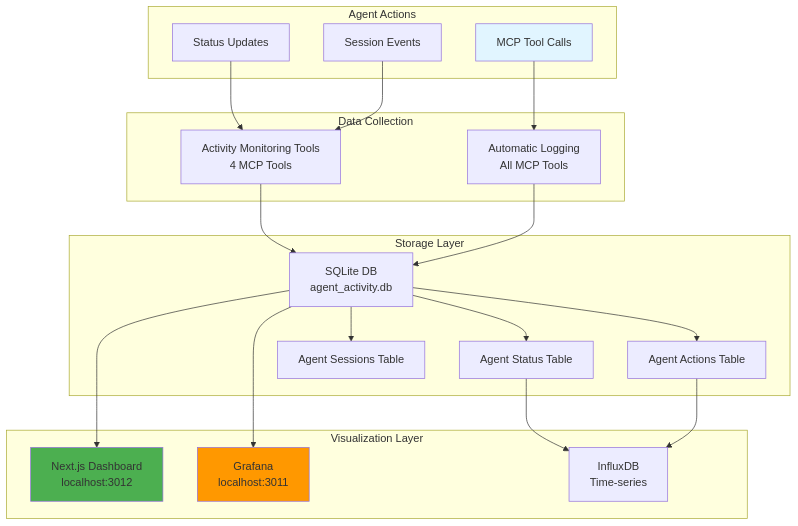
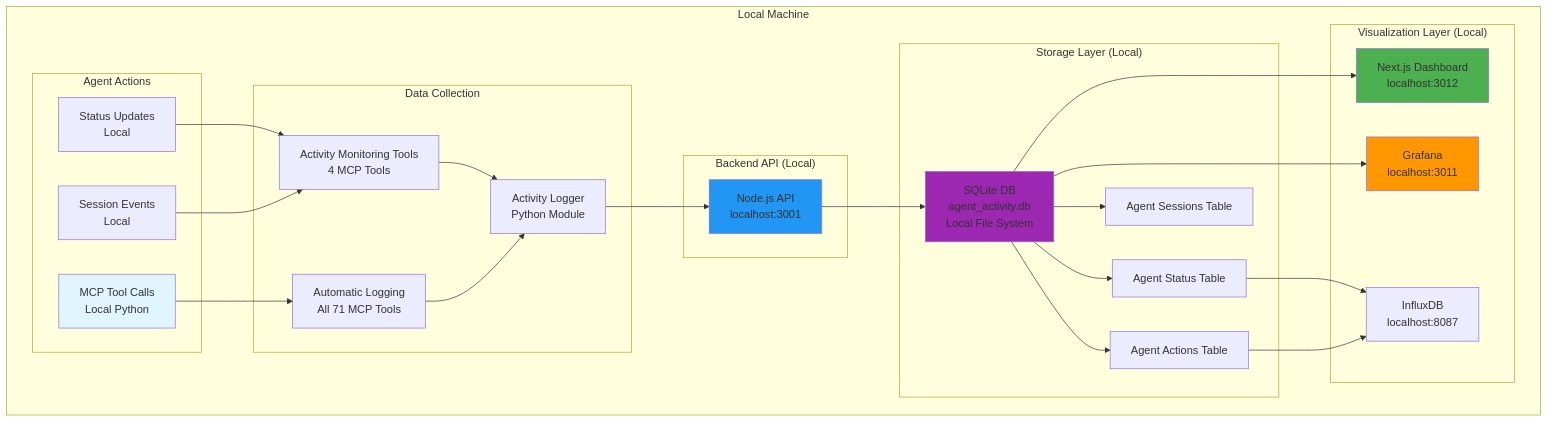
Before and after one commit to unarmedpuppy/homelab-ai: the seventh of 20 diagrams in agents/docs/COMPLETE_SYSTEM_VISUALIZATION.md, drawn with Mermaid. The commit also changed other lines of this file and 143 other files, not shown here.

````diff
--- a/agents/docs/COMPLETE_SYSTEM_VISUALIZATION.md
+++ b/agents/docs/COMPLETE_SYSTEM_VISUALIZATION.md
@@ -296,46 +343,57 @@
 ```mermaid
 graph TB
-    subgraph "Agent Actions"
-        A1[MCP Tool Calls]
-        A2[Status Updates]
-        A3[Session Events]
-    end
-    
-    subgraph "Data Collection"
-        B1[Activity Monitoring Tools<br/>4 MCP Tools]
-        B2[Automatic Logging<br/>All MCP Tools]
-    end
-    
-    subgraph "Storage Layer"
-        C1[SQLite DB<br/>agent_activity.db]
-        C2[Agent Status Table]
-        C3[Agent Actions Table]
-        C4[Agent Sessions Table]
-    end
-    
-    subgraph "Visualization Layer"
-        D1[Next.js Dashboard<br/>localhost:3012]
-        D2[Grafana<br/>localhost:3011]
-        D3[InfluxDB<br/>Time-series]
+    subgraph "Local Machine"
+        subgraph "Agent Actions"
+            A1[MCP Tool Calls<br/>Local Python]
+            A2[Status Updates<br/>Local]
+            A3[Session Events<br/>Local]
+        end
+        
+        subgraph "Data Collection"
+            B1[Activity Monitoring Tools<br/>4 MCP Tools]
+            B2[Automatic Logging<br/>All 71 MCP Tools]
+            B3[Activity Logger<br/>Python Module]
+        end
+        
+        subgraph "Backend API (Local)"
+            E1[Node.js API<br/>localhost:3001]
+        end
+        
+        subgraph "Storage Layer (Local)"
+            C1[SQLite DB<br/>agent_activity.db<br/>Local File System]
+            C2[Agent Status Table]
+            C3[Agent Actions Table]
+            C4[Agent Sessions Table]
+        end
+        
+        subgraph "Visualization Layer (Local)"
+            D1[Next.js Dashboard<br/>localhost:3012]
+            D2[Grafana<br/>localhost:3011]
+            D3[InfluxDB<br/>localhost:8087]
+        end
     end
     
     A1 --> B2
     A2 --> B1
     A3 --> B1
     
-    B1 --> C1
-    B2 --> C1
+    B1 --> B3
+    B2 --> B3
+    B3 --> E1
+    E1 --> C1
     
     C1 --> C2
     C1 --> C3
     C1 --> C4
     
     C1 --> D1
     C1 --> D2
     C2 --> D3
     C3 --> D3
     
     style A1 fill:#e1f5ff
+    style E1 fill:#2196f3
     style D1 fill:#4caf50
     style D2 fill:#ff9800
+    style C1 fill:#9c27b0
 ```
````
